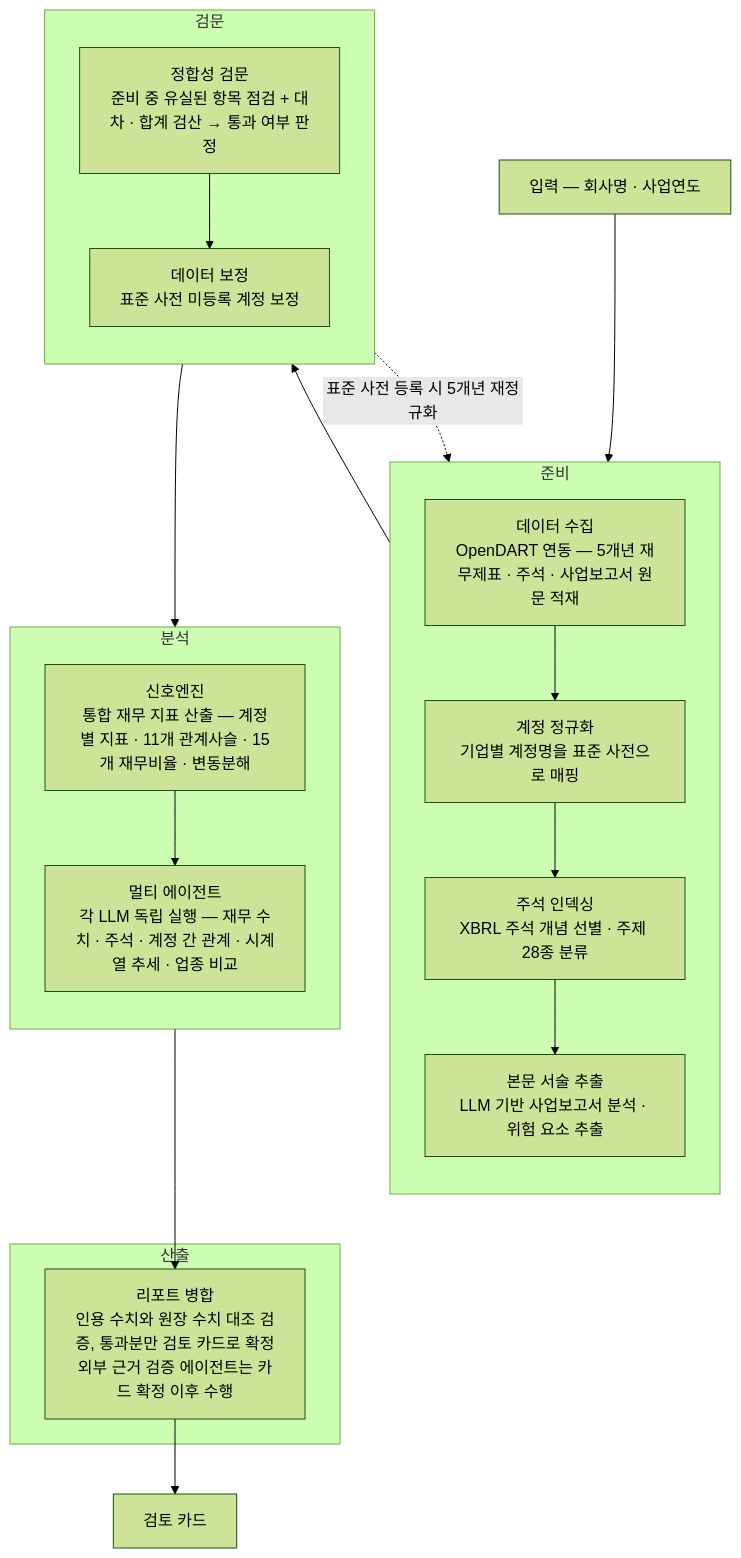
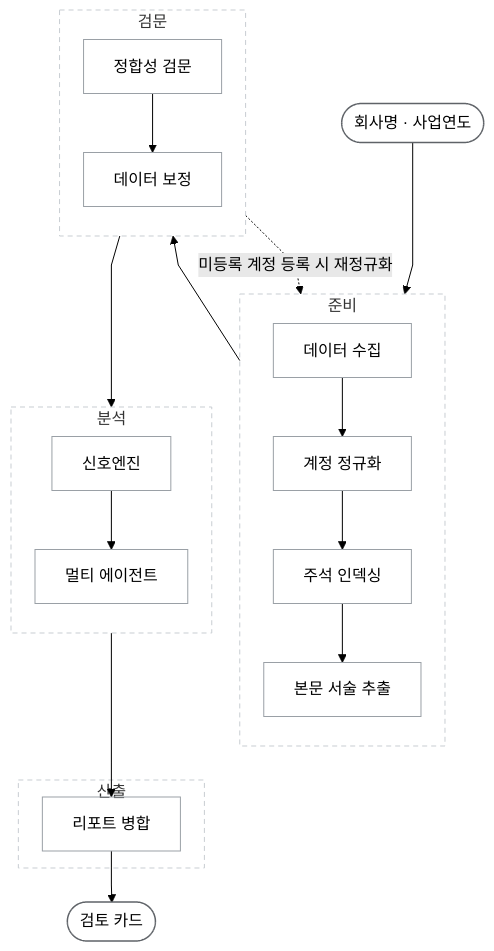
Before and after one commit to ghdtjrgns321-creator/fs-multi-analyzer: the first of 2 diagrams in README.md, drawn with Mermaid (forest theme). The commit also changed other lines of this file, not shown here.

Commit message:
docs(readme): 파이프라인 도식 mermaid 전환, 단계 설명 표 분리

````diff
--- a/README.md
+++ b/README.md
@@ -61,37 +61,39 @@
 ```mermaid
+%%{init: {"flowchart": {"curve": "linear", "nodeSpacing": 28, "rankSpacing": 34}}}%%
 flowchart TD
-    IN["입력 — 회사명 · 사업연도"] --> A
+    IN(["회사명 · 사업연도"]) --> A
 
     subgraph PREP["준비"]
         direction TB
-        A["데이터 수집<br/>OpenDART 연동 — 5개년 재무제표 · 주석 · 사업보고서 원문 적재"]
-        B["계정 정규화<br/>기업별 계정명을 표준 사전으로 매핑"]
-        C["주석 인덱싱<br/>XBRL 주석 개념 선별 · 주제 28종 분류"]
-        D["본문 서술 추출<br/>LLM 기반 사업보고서 분석 · 위험 요소 추출"]
-        A --> B --> C --> D
+        A["데이터 수집"] --> B["계정 정규화"] --> C["주석 인덱싱"] --> D["본문 서술 추출"]
     end
 
     subgraph GATE["검문"]
         direction TB
-        E["정합성 검문<br/>준비 중 유실된 항목 점검 + 대차 · 합계 검산 → 통과 여부 판정"]
-        F["데이터 보정<br/>표준 사전 미등록 계정 보정"]
-        E --> F
+        E["정합성 검문"] --> F["데이터 보정"]
     end
 
     subgraph ANALYSIS["분석"]
         direction TB
-        G["신호엔진<br/>통합 재무 지표 산출 — 계정별 지표 · 11개 관계사슬 · 15개 재무비율 · 변동분해"]
-        H["멀티 에이전트<br/>각 LLM 독립 실행 — 재무 수치 · 주석 · 계정 간 관계 · 시계열 추세 · 업종 비교"]
-        G --> H
+        G["신호엔진"] --> H["멀티 에이전트"]
     end
 
     subgraph OUTPUT["산출"]
-        I["리포트 병합<br/>인용 수치와 원장 수치 대조 검증, 통과분만 검토 카드로 확정<br/>외부 근거 검증 에이전트는 카드 확정 이후 수행"]
+        I["리포트 병합"]
     end
 
     D --> E
     F --> G
     H --> I
-    I --> CARD["검토 카드"]
-    F -.->|"표준 사전 등록 시 5개년 재정규화"| B
+    I --> CARD(["검토 카드"])
+    F -.->|"미등록 계정 등록 시 재정규화"| B
+
+    classDef step fill:none,stroke:#9aa0a6,stroke-width:1px
+    classDef port fill:none,stroke:#5f6368,stroke-width:1.5px
+    class A,B,C,D,E,F,G,H,I step
+    class IN,CARD port
+    style PREP fill:none,stroke:#c8cdd2,stroke-dasharray:5 4
+    style GATE fill:none,stroke:#c8cdd2,stroke-dasharray:5 4
+    style ANALYSIS fill:none,stroke:#c8cdd2,stroke-dasharray:5 4
+    style OUTPUT fill:none,stroke:#c8cdd2,stroke-dasharray:5 4
 ```
````
